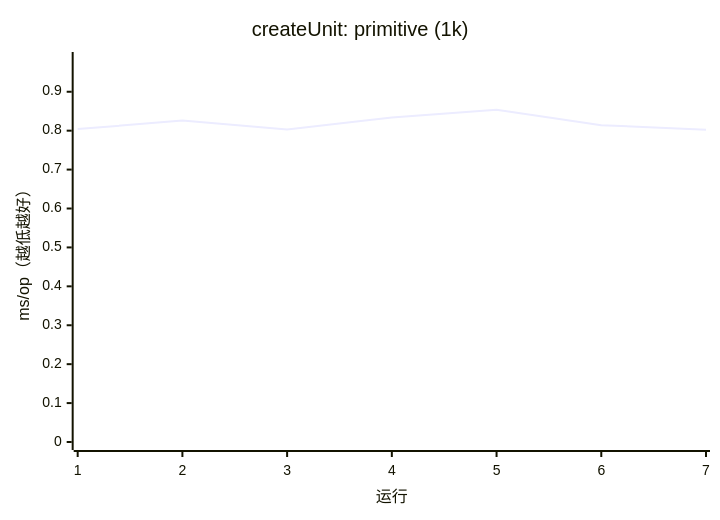
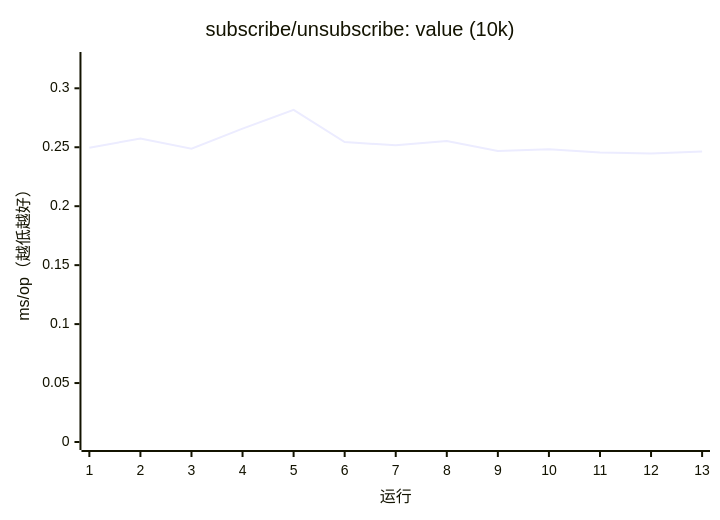
Diagram 14 of 17 in apps/docs/src/content/docs/guides/benchmark.mdx (AIluffy/io), drawn with Mermaid before and after one commit. The commit also changed other lines of this file and 11 other files, not shown here.

````diff
--- a/apps/docs/src/content/docs/guides/benchmark.mdx
+++ b/apps/docs/src/content/docs/guides/benchmark.mdx
@@ -282,7 +369,7 @@
 ```mermaid
 xychart-beta
-  title "createUnit: primitive (1k)"
-  x-axis "运行" [1, 2, 3, 4, 5, 6, 7]
-  y-axis "ms/op（越低越好）" 0 --> 0.9816
-  line [0.804, 0.8259, 0.8033, 0.8336, 0.8536, 0.8141, 0.8023]
+  title "subscribe/unsubscribe: value (10k)"
+  x-axis "运行" [1, 2, 3, 4, 5, 6, 7, 8, 9, 10, 11, 12, 13]
+  y-axis "ms/op（越低越好）" 0 --> 0.324
+  line [0.2496, 0.2574, 0.2488, 0.2658, 0.2817, 0.2544, 0.2517, 0.2553, 0.2469, 0.2484, 0.2455, 0.2448, 0.2463]
 ```
````
